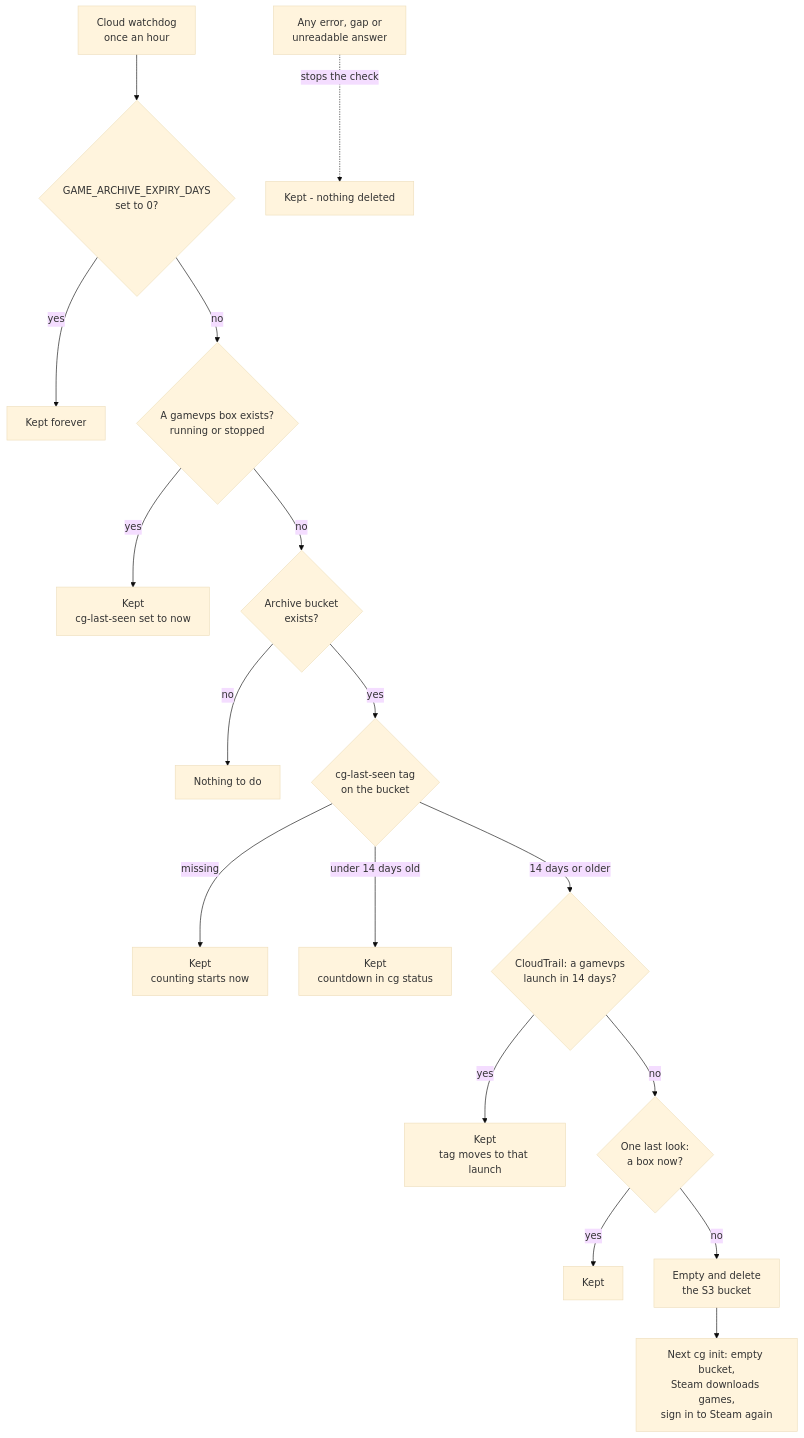
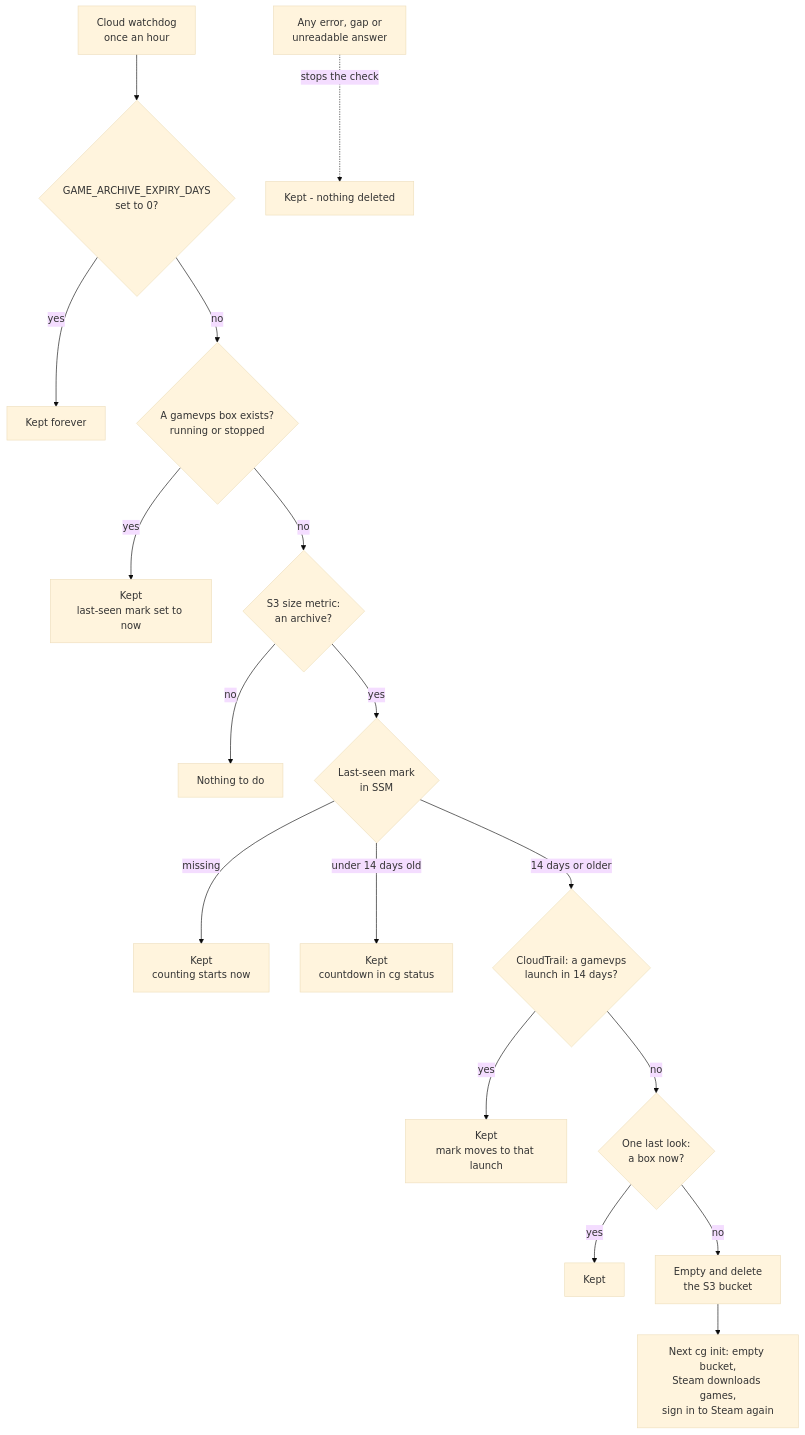
The eighth of 9 diagrams in docs/architecture.md (jebin2/aws_cloud_gaming), drawn with Mermaid (base theme) before and after one commit. The commit also changed other lines of this file and 4 other files, not shown here.

First line of the commit message:
Say what still bills in S3 when a box ends, and make archive expiry free

````diff
--- a/docs/architecture.md
+++ b/docs/architecture.md
@@ -220,20 +220,20 @@
 ```mermaid
 flowchart TB
   tick["Cloud watchdog<br/>once an hour"] --> off{"GAME_ARCHIVE_EXPIRY_DAYS<br/>set to 0?"}
   off -->|yes| forever["Kept forever"]
   off -->|no| box{"A gamevps box exists?<br/>running or stopped"}
-  box -->|yes| stamp["Kept<br/>cg-last-seen set to now"]
-  box -->|no| bucket{"Archive bucket<br/>exists?"}
+  box -->|yes| stamp["Kept<br/>last-seen mark set to now"]
+  box -->|no| bucket{"S3 size metric:<br/>an archive?"}
   bucket -->|no| none["Nothing to do"]
-  bucket -->|yes| mark{"cg-last-seen tag<br/>on the bucket"}
+  bucket -->|yes| mark{"Last-seen mark<br/>in SSM"}
   mark -->|missing| start["Kept<br/>counting starts now"]
   mark -->|under 14 days old| count["Kept<br/>countdown in cg status"]
   mark -->|14 days or older| trail{"CloudTrail: a gamevps<br/>launch in 14 days?"}
-  trail -->|yes| moved["Kept<br/>tag moves to that launch"]
+  trail -->|yes| moved["Kept<br/>mark moves to that launch"]
   trail -->|no| again{"One last look:<br/>a box now?"}
   again -->|yes| kept["Kept"]
   again -->|no| del["Empty and delete<br/>the S3 bucket"]
   del --> next["Next cg init: empty bucket,<br/>Steam downloads games,<br/>sign in to Steam again"]
 
   err["Any error, gap or<br/>unreadable answer"] -.->|"stops the check"| safe["Kept - nothing deleted"]
 ```
````
